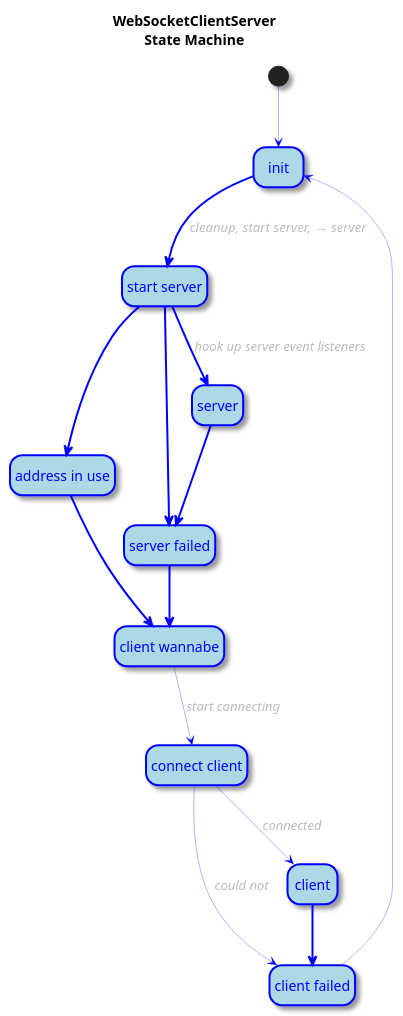
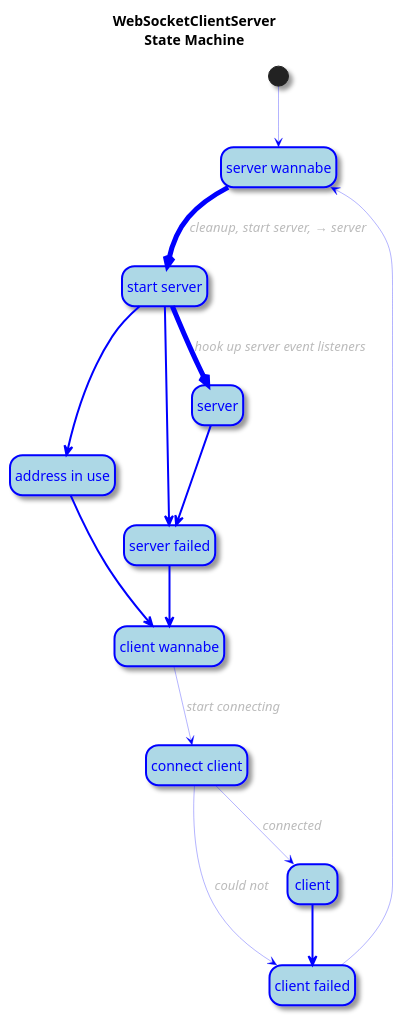
Before and after one commit to hugojosefson/deno-websocket-broadcastchannel: the diagram in src/client-server-state.puml, drawn with PlantUML. The commit also changed 2 other files, not shown here.

```diff
--- a/src/client-server-state.puml
+++ b/src/client-server-state.puml
@@ -1,39 +1,39 @@
 @startuml
 hide empty description
 
 skinparam shadowing            true
 skinparam ArrowFontColor       #bbb
 skinparam ArrowFontStyle       italic
 skinparam ArrowColor           blue
 skinparam ArrowThickness       0.3
 skinparam StateFontColor       blue
 skinparam StateBackgroundColor lightblue
 skinparam StateBorderColor     blue
 skinparam StateBorderThickness 2
 
 title "WebSocketClientServer\nState Machine"
 
-state "init"           as init
+state "server wannabe" as server_wannabe
 state "start server"   as start_server
 state "server"         as server
 state "address in use" as address_in_use
 state "server failed"  as server_failed
 state "client wannabe" as client_wannabe
 state "connect client" as connect_client
 state "client"         as client
 state "client failed"  as client_failed
 
-[*]            -->              init
-init           -[thickness=2]-> start_server   : cleanup, start server,  → server
+[*]            -->              server_wannabe
+server_wannabe -[thickness=5]-> start_server   : cleanup, start server,  → server
 start_server   -[thickness=2]-> address_in_use
 start_server   -[thickness=2]-> server_failed
-start_server   -[thickness=2]-> server         : hook up server event listeners
+start_server   -[thickness=5]-> server         : hook up server event listeners
 server         -[thickness=2]-> server_failed
 address_in_use -[thickness=2]-> client_wannabe
 server_failed  -[thickness=2]-> client_wannabe
 client_wannabe -->              connect_client : start connecting
 connect_client -->              client         : connected
 connect_client -->              client_failed  : could not
 client         -[thickness=2]-> client_failed
-client_failed  -->              init
+client_failed  -->              server_wannabe
 @enduml
```
